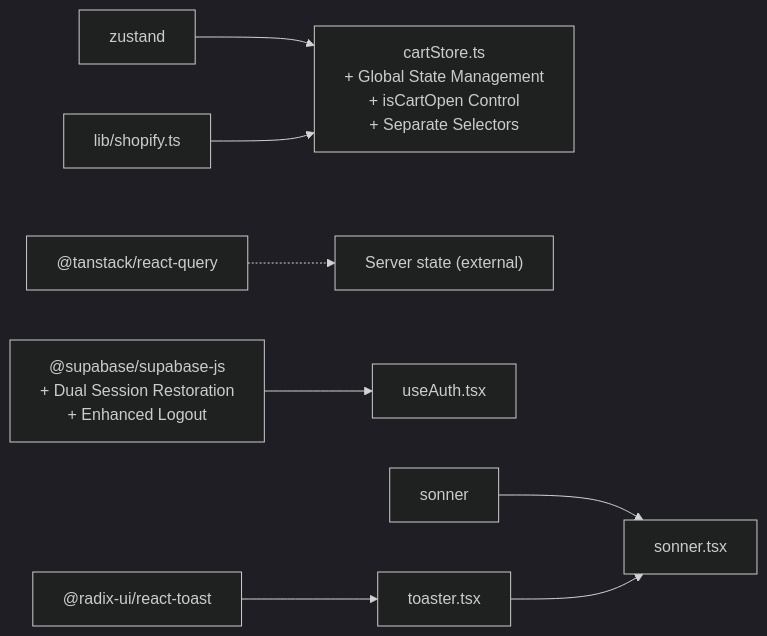
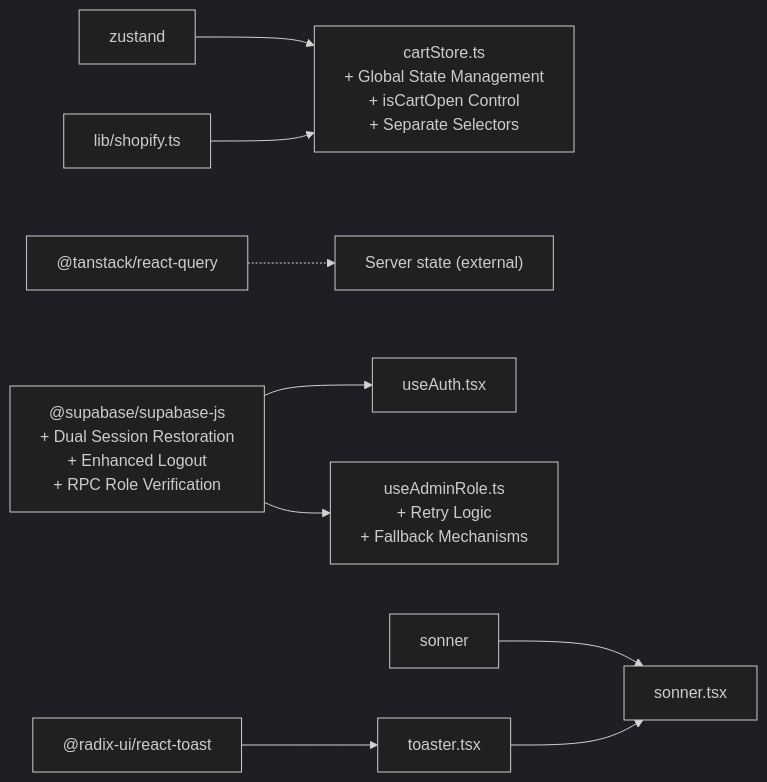
Before and after one commit to Hawky1/ryland: the seventh of 7 diagrams in .qoder/repowiki/en/content/State Management.md, drawn with Mermaid (dark theme). The commit also changed other lines of this file and 15 other files, not shown here.

````diff
--- a/.qoder/repowiki/en/content/State Management.md
+++ b/.qoder/repowiki/en/content/State Management.md
@@ -391,10 +454,11 @@
 ```mermaid
 graph LR
 ZUSTAND["zustand"] --> CARTSTORE["cartStore.ts<br/>+ Global State Management<br/>+ isCartOpen Control<br/>+ Separate Selectors"]
 REACTQUERY["@tanstack/react-query"] -.-> SERVERSTATE["Server state (external)"]
-SUPABASE["@supabase/supabase-js<br/>+ Dual Session Restoration<br/>+ Enhanced Logout"] --> AUTHHOOK["useAuth.tsx"]
+SUPABASE["@supabase/supabase-js<br/>+ Dual Session Restoration<br/>+ Enhanced Logout<br/>+ RPC Role Verification"] --> AUTHHOOK["useAuth.tsx"]
+SUPABASE --> ADMINHOOK["useAdminRole.ts<br/>+ Retry Logic<br/>+ Fallback Mechanisms"]
 SHOP["lib/shopify.ts"] --> CARTSTORE
 RADIX["@radix-ui/react-toast"] --> TOASTUI["toaster.tsx"]
 SONNER["sonner"] --> SONNERCOMP["sonner.tsx"]
 TOASTUI --> SONNERCOMP
 ```
````
